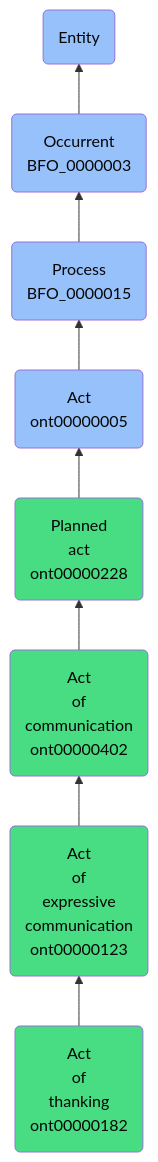
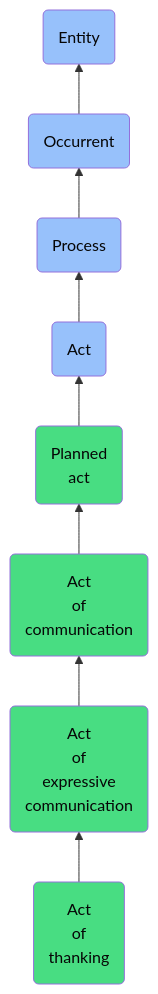
One commit to jupyter-naas/abi changed the diagram in docs/ontology/reference/model/Entity/Occurrent/Process/Act/Planned act/Act of communication/Act of expressive communication/Act of thanking/Act of thanking.md. Above: the diagram before and after it, drawn with Mermaid. The commit also changed other lines of this file and 1430 other files, not shown here.

````diff
--- a/docs/ontology/reference/model/Entity/Occurrent/Process/Act/Planned act/Act of communication/Act of expressive communication/Act of thanking/Act of thanking.md
+++ b/docs/ontology/reference/model/Entity/Occurrent/Process/Act/Planned act/Act of communication/Act of expressive communication/Act of thanking/Act of thanking.md
@@ -24,15 +24,15 @@
 ```mermaid
 graph BT
-    ont00000182(Act<br>of<br>thanking<br>ont00000182):::ABI-->ont00000123
-    ont00000123(Act<br>of<br>expressive<br>communication<br>ont00000123):::ABI-->ont00000402
-    ont00000402(Act<br>of<br>communication<br>ont00000402):::ABI-->ont00000228
-    ont00000228(Planned<br>act<br>ont00000228):::ABI-->ont00000005
-    ont00000005(Act<br>ont00000005):::BFO-->BFO_0000015
-    BFO_0000015(Process<br>BFO_0000015):::BFO-->BFO_0000003
-    BFO_0000003(Occurrent<br>BFO_0000003):::BFO-->BFO_0000001
+    ont00000182(Act<br>of<br>thanking):::ABI-->ont00000123
+    ont00000123(Act<br>of<br>expressive<br>communication):::ABI-->ont00000402
+    ont00000402(Act<br>of<br>communication):::ABI-->ont00000228
+    ont00000228(Planned<br>act):::ABI-->ont00000005
+    ont00000005(Act):::BFO-->BFO_0000015
+    BFO_0000015(Process):::BFO-->BFO_0000003
+    BFO_0000003(Occurrent):::BFO-->BFO_0000001
     BFO_0000001(Entity):::BFO
     
     classDef BFO fill:#97c1fb,color:#060606
     classDef CCO fill:#e4c51e,color:#060606
     classDef ABI fill:#48DD82,color:#060606
 ```
````
